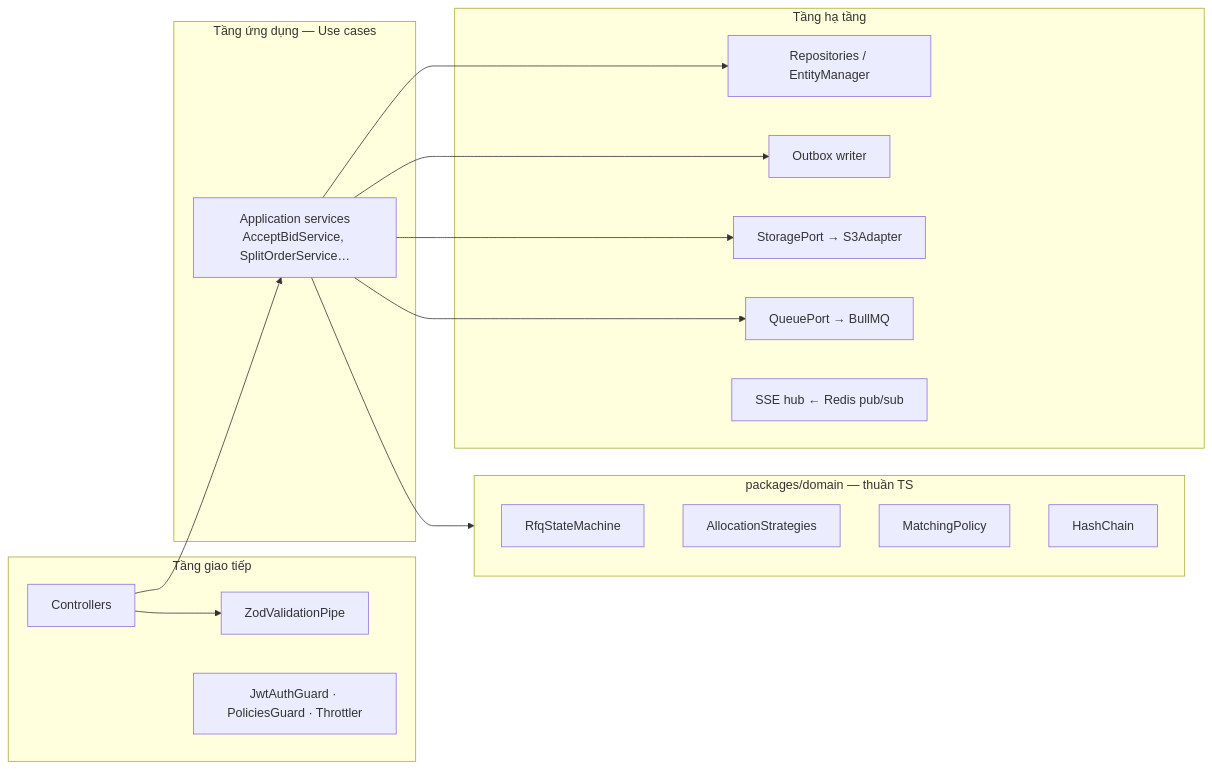
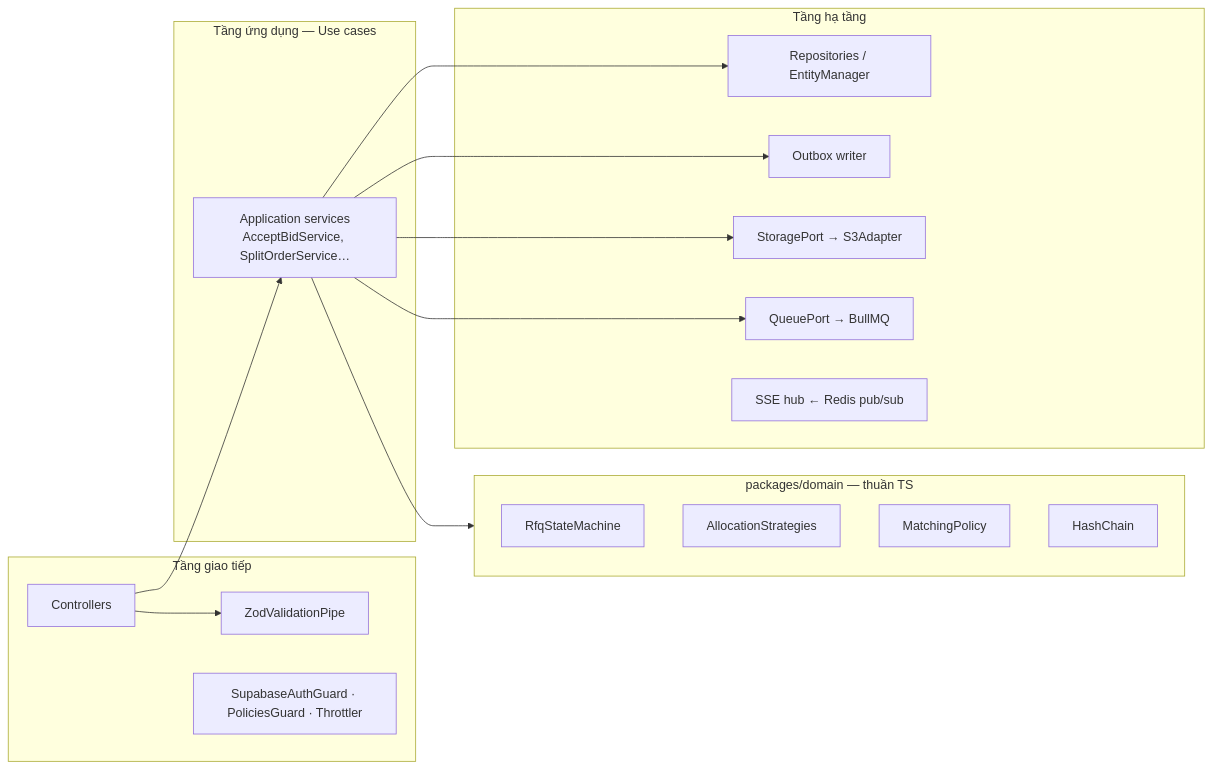
Before and after one commit to DienHung05/vCRAFT: the third of 9 diagrams in docs/ARCHITECTURE.md, drawn with Mermaid. The commit also changed other lines of this file and 47 other files, not shown here.

````diff
--- a/docs/ARCHITECTURE.md
+++ b/docs/ARCHITECTURE.md
@@ -103,29 +109,29 @@
 ```mermaid
 flowchart LR
     subgraph http [Tầng giao tiếp]
       ctrl[Controllers] --> pipes[ZodValidationPipe]
-      guards[JwtAuthGuard · PoliciesGuard · Throttler]
+      guards[SupabaseAuthGuard · PoliciesGuard · Throttler]
     end
     subgraph app [Tầng ứng dụng — Use cases]
       svc[Application services<br/>AcceptBidService, SplitOrderService…]
     end
     subgraph dom [packages/domain — thuần TS]
       sm[RfqStateMachine]
       split[AllocationStrategies]
       match[MatchingPolicy]
       chain[HashChain]
     end
     subgraph infra [Tầng hạ tầng]
       repo[Repositories / EntityManager]
       outbox[Outbox writer]
       storage[StoragePort → S3Adapter]
       queue[QueuePort → BullMQ]
       sse[SSE hub ← Redis pub/sub]
     end
     ctrl --> svc
     svc --> dom
     svc --> repo
     svc --> outbox
     svc --> storage
     svc --> queue
 ```
````
